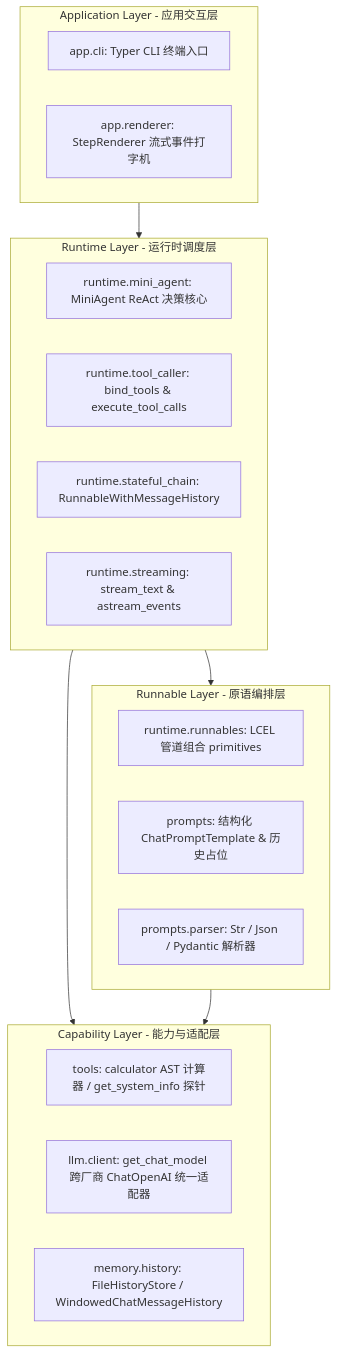
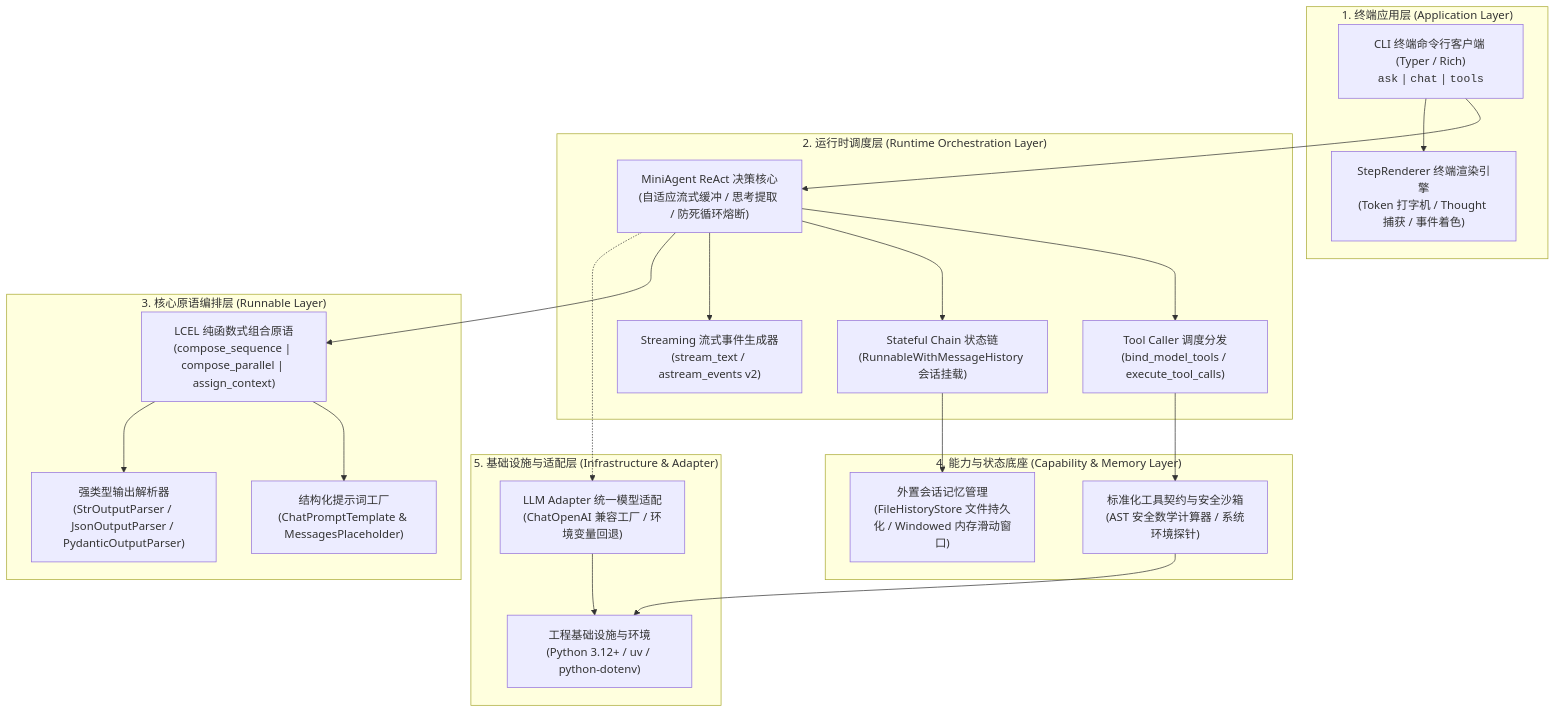
Before and after one commit to PublicYang/AgentFlow: the first of 2 diagrams in README.md, drawn with Mermaid. The commit also changed other lines of this file and 1 other file, not shown here.

Commit message:
Add README.en.md for AgentFlow project with comprehensive documentation

````diff
--- a/README.md
+++ b/README.md
@@ -46,31 +68,50 @@
 ```mermaid
 flowchart TD
-    subgraph AppLayer [Application Layer - 应用交互层]
-        CLI[app.cli: Typer CLI 终端入口]
-        Renderer[app.renderer: StepRenderer 流式事件打字机]
+    %% 1. 终端应用层
+    subgraph AppLayer["1. 终端应用层 (Application Layer)"]
+        CLI["CLI 终端命令行客户端 (Typer / Rich)<br><code>ask</code> | <code>chat</code> | <code>tools</code>"]
+        Renderer["StepRenderer 终端渲染引擎<br>(Token 打字机 / Thought 捕获 / 事件着色)"]
     end
 
-    subgraph RuntimeLayer [Runtime Layer - 运行时调度层]
-        MiniAgent[runtime.mini_agent: MiniAgent ReAct 决策核心]
-        ToolCaller[runtime.tool_caller: bind_tools & execute_tool_calls]
-        StatefulChain[runtime.stateful_chain: RunnableWithMessageHistory]
-        Streaming[runtime.streaming: stream_text & astream_events]
+    %% 2. 运行时调度层
+    subgraph RuntimeLayer["2. 运行时调度层 (Runtime Orchestration Layer)"]
+        MiniAgent["MiniAgent ReAct 决策核心<br>(自适应流式缓冲 / 思考提取 / 防死循环熔断)"]
+        ToolCaller["Tool Caller 调度分发<br>(bind_model_tools / execute_tool_calls)"]
+        StatefulChain["Stateful Chain 状态链<br>(RunnableWithMessageHistory 会话挂载)"]
+        Streaming["Streaming 流式事件生成器<br>(stream_text / astream_events v2)"]
     end
 
-    subgraph RunnableLayer [Runnable Layer - 原语编排层]
-        Runnables[runtime.runnables: LCEL 管道组合 primitives]
-        Prompts[prompts: 结构化 ChatPromptTemplate & 历史占位]
-        Parsers[prompts.parser: Str / Json / Pydantic 解析器]
+    %% 3. 原语编排层
+    subgraph RunnableLayer["3. 核心原语编排层 (Runnable Layer)"]
+        LCEL["LCEL 纯函数式组合原语<br>(compose_sequence | compose_parallel | assign_context)"]
+        Prompts["结构化提示词工厂<br>(ChatPromptTemplate & MessagesPlaceholder)"]
+        Parsers["强类型输出解析器<br>(StrOutputParser / JsonOutputParser / PydanticOutputParser)"]
     end
 
-    subgraph CapabilityLayer [Capability Layer - 能力与适配层]
-        Tools[tools: calculator AST 计算器 / get_system_info 探针]
-        LLM[llm.client: get_chat_model 跨厂商 ChatOpenAI 统一适配器]
-        Memory[memory.history: FileHistoryStore / WindowedChatMessageHistory]
+    %% 4. 能力与状态底座
+    subgraph CapabilityLayer["4. 能力与状态底座 (Capability & Memory Layer)"]
+        Tools["标准化工具契约与安全沙箱<br>(AST 安全数学计算器 / 系统环境探针)"]
+        Memory["外置会话记忆管理<br>(FileHistoryStore 文件持久化 / Windowed 内存滑动窗口)"]
     end
 
-    AppLayer --> RuntimeLayer
-    RuntimeLayer --> RunnableLayer
-    RuntimeLayer --> CapabilityLayer
-    RunnableLayer --> CapabilityLayer
+    %% 5. 基础设施与适配层
+    subgraph InfraLayer["5. 基础设施与适配层 (Infrastructure & Adapter)"]
+        LLM["LLM Adapter 统一模型适配<br>(ChatOpenAI 兼容工厂 / 环境变量回退)"]
+        Env["工程基础设施与环境<br>(Python 3.12+ / uv / python-dotenv)"]
+    end
+
+    %% 层间调用关系
+    CLI --> MiniAgent
+    CLI --> Renderer
+    MiniAgent --> ToolCaller
+    MiniAgent --> StatefulChain
+    MiniAgent --> Streaming
+    MiniAgent --> LCEL
+    StatefulChain --> Memory
+    ToolCaller --> Tools
+    MiniAgent -.-> LLM
+    LCEL --> Prompts
+    LCEL --> Parsers
+    LLM --> Env
+    Tools --> Env
 ```
````
